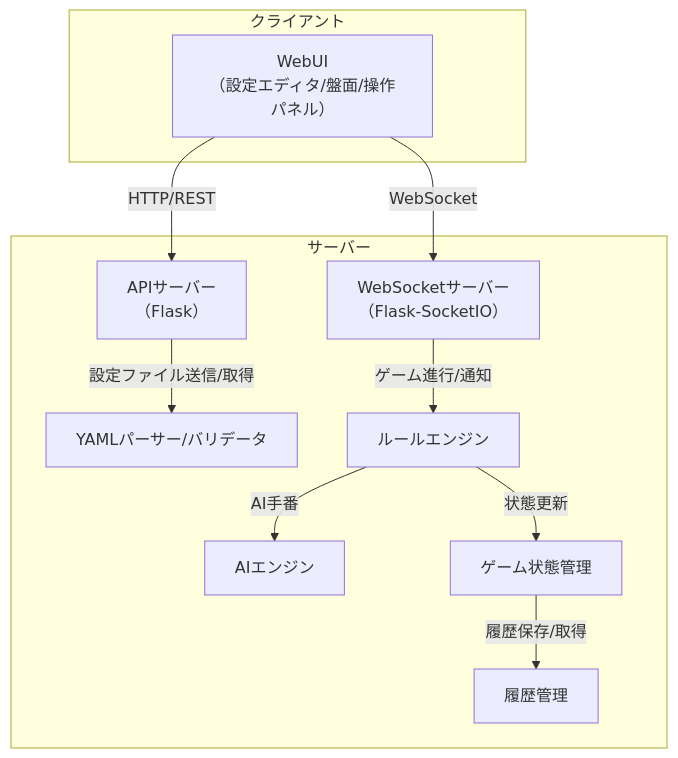
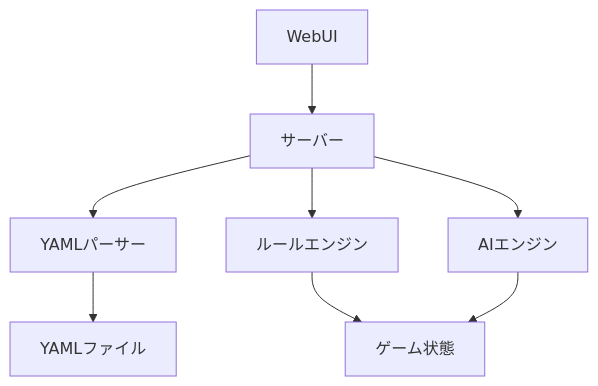
Before and after one commit to ikokeba/FelxiBoard: the first of 5 diagrams in specifications/02_system_architecture.md, drawn with Mermaid. The commit also changed other lines of this file and 6 other files, not shown here.

````diff
--- a/specifications/02_system_architecture.md
+++ b/specifications/02_system_architecture.md
@@ -5,22 +74,10 @@
 ```mermaid
 graph TD
-  subgraph クライアント
-    A1[WebUI\n（設定エディタ/盤面/操作パネル）]
-  end
-  subgraph サーバー
-    B1[APIサーバー\n（Flask）]
-    B2[WebSocketサーバー\n（Flask-SocketIO）]
-    B3[YAMLパーサー/バリデータ]
-    B4[ルールエンジン]
-    B5[AIエンジン]
-    B6[ゲーム状態管理]
-    B7[履歴管理]
-  end
-  A1 -- HTTP/REST --> B1
-  A1 -- WebSocket --> B2
-  B1 -- 設定ファイル送信/取得 --> B3
-  B2 -- ゲーム進行/通知 --> B4
-  B4 -- AI手番 --> B5
-  B4 -- 状態更新 --> B6
-  B6 -- 履歴保存/取得 --> B7
+    A[WebUI] --> B[サーバー]
+    B --> C[YAMLパーサー]
+    B --> D[ルールエンジン]
+    B --> E[AIエンジン]
+    C --> F[YAMLファイル]
+    D --> G[ゲーム状態]
+    E --> G[ゲーム状態]
 ```
````
